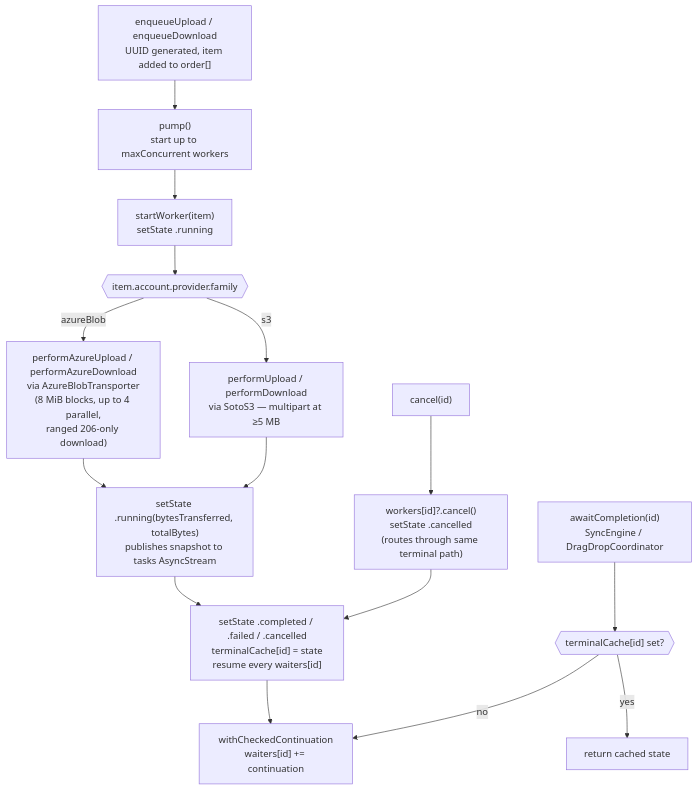
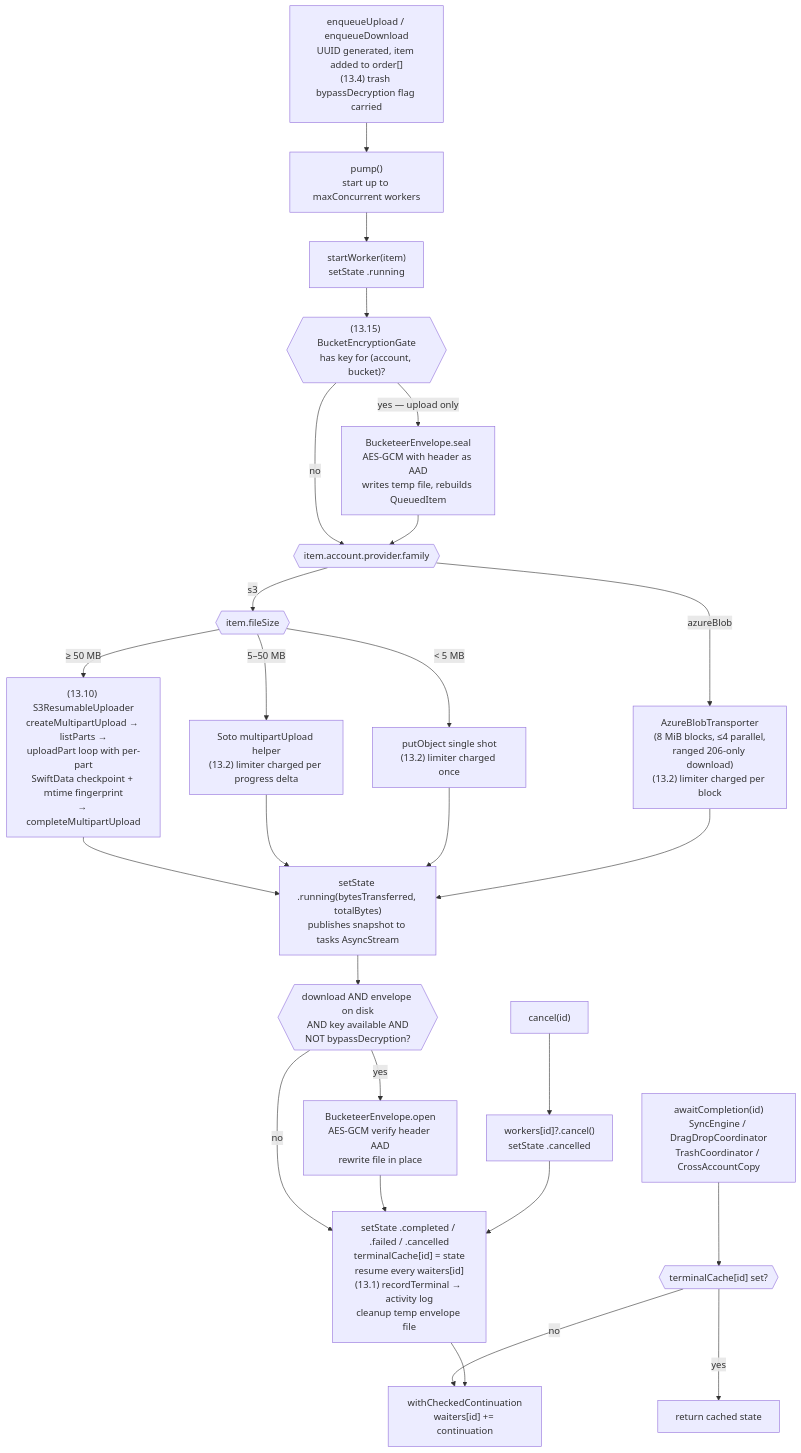
Before and after one commit to digitalfreedom-co-za/bucketeer: the eighth of 10 diagrams in docs/ARCHITECTURE.md, drawn with Mermaid. The commit also changed other lines of this file and 1 other file, not shown here.

````diff
--- a/docs/ARCHITECTURE.md
+++ b/docs/ARCHITECTURE.md
@@ -265,21 +322,34 @@
 ```mermaid
 flowchart TD
-    Enqueue["enqueueUpload / enqueueDownload<br/>UUID generated, item added to order[]"]
+    Enqueue["enqueueUpload / enqueueDownload<br/>UUID generated, item added to order[]<br/>(13.4) trash bypassDecryption flag carried"]
     Enqueue --> Pump["pump()<br/>start up to maxConcurrent workers"]
     Pump --> Worker["startWorker(item)<br/>setState .running"]
-    Worker --> Route{{"item.account.provider.family"}}
-    Route -->|"s3"| Soto["performUpload / performDownload<br/>via SotoS3 — multipart at ≥5 MB"]
-    Route -->|"azureBlob"| Azure["performAzureUpload / performAzureDownload<br/>via AzureBlobTransporter<br/>(8 MiB blocks, up to 4 parallel,<br/>ranged 206-only download)"]
+    Worker --> EncryptGate{{"(13.15) BucketEncryptionGate<br/>has key for (account, bucket)?"}}
+    EncryptGate -->|"yes — upload only"| Seal["BucketeerEnvelope.seal<br/>AES-GCM with header as AAD<br/>writes temp file, rebuilds QueuedItem"]
+    EncryptGate -->|"no"| Route
+    Seal --> Route
+    Route{{"item.account.provider.family"}}
+    Route -->|"s3"| Size{{"item.fileSize"}}
+    Route -->|"azureBlob"| Azure["AzureBlobTransporter<br/>(8 MiB blocks, ≤4 parallel,<br/>ranged 206-only download)<br/>(13.2) limiter charged per block"]
+    Size -->|"≥ 50 MB"| Resumable["(13.10) S3ResumableUploader<br/>createMultipartUpload → listParts →<br/>uploadPart loop with per-part<br/>SwiftData checkpoint + mtime fingerprint<br/>→ completeMultipartUpload"]
+    Size -->|"5–50 MB"| Soto["Soto multipartUpload helper<br/>(13.2) limiter charged per progress delta"]
+    Size -->|"< 5 MB"| SinglePut["putObject single shot<br/>(13.2) limiter charged once"]
+    Resumable --> Progress
     Soto --> Progress
+    SinglePut --> Progress
     Azure --> Progress
     Progress["setState .running(bytesTransferred, totalBytes)<br/>publishes snapshot to tasks AsyncStream"]
-    Progress --> Terminal["setState .completed / .failed / .cancelled<br/>terminalCache[id] = state<br/>resume every waiters[id]"]
-    Cancel["cancel(id)"] --> SetCancel["workers[id]?.cancel()<br/>setState .cancelled<br/>(routes through same terminal path)"]
+    Progress --> DownloadGate{{"download AND envelope on disk<br/>AND key available AND<br/>NOT bypassDecryption?"}}
+    DownloadGate -->|"yes"| Open["BucketeerEnvelope.open<br/>AES-GCM verify header AAD<br/>rewrite file in place"]
+    DownloadGate -->|"no"| Terminal
+    Open --> Terminal
+    Terminal["setState .completed / .failed / .cancelled<br/>terminalCache[id] = state<br/>resume every waiters[id]<br/>(13.1) recordTerminal → activity log<br/>cleanup temp envelope file"]
+    Cancel["cancel(id)"] --> SetCancel["workers[id]?.cancel()<br/>setState .cancelled"]
     SetCancel --> Terminal
 
-    Await["awaitCompletion(id)<br/>SyncEngine / DragDropCoordinator"]
+    Await["awaitCompletion(id)<br/>SyncEngine / DragDropCoordinator<br/>TrashCoordinator / CrossAccountCopy"]
     Await --> CheckCache{{"terminalCache[id] set?"}}
     CheckCache -->|"yes"| ReturnCached["return cached state"]
     CheckCache -->|"no"| Suspend["withCheckedContinuation<br/>waiters[id] += continuation"]
     Terminal --> Suspend
 ```
````
